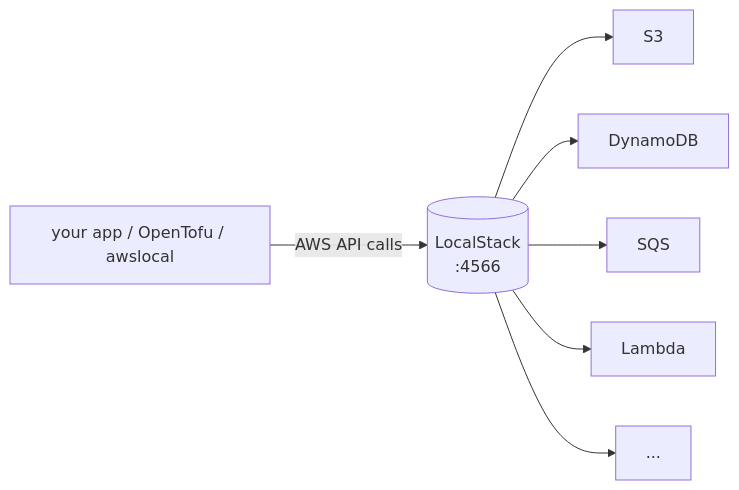
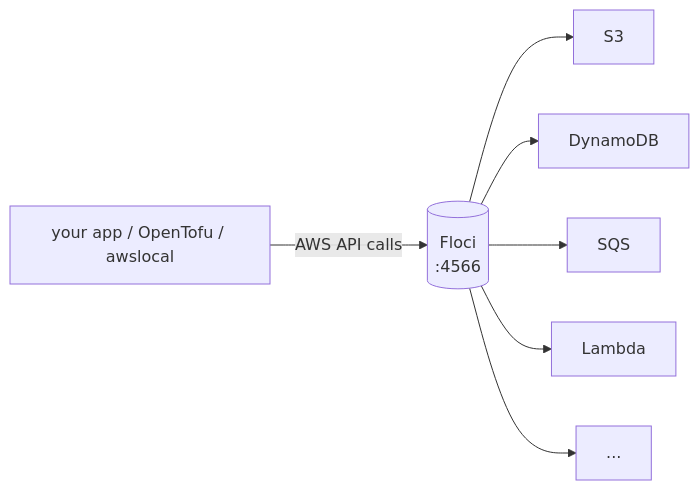
One commit to RahulHalpati/learning_docs changed the first of 2 diagrams in aws_localstack/README.md. Above: the diagram before and after it, drawn with Mermaid. The commit also changed other lines of this file and 154 other files, not shown here.

````diff
--- a/aws_localstack/README.md
+++ b/aws_localstack/README.md
@@ -29,5 +29,5 @@
 ```mermaid
 flowchart LR
-    APP[your app / OpenTofu / awslocal] -->|AWS API calls| EP[(LocalStack<br/>:4566)]
+    APP[your app / OpenTofu / awslocal] -->|AWS API calls| EP[(Floci<br/>:4566)]
     EP --> S3[S3] & DDB[DynamoDB] & SQS[SQS] & L[Lambda] & MORE[...]
 ```
````
